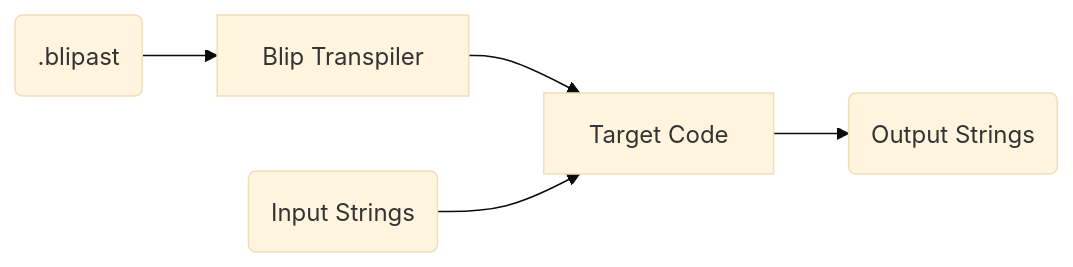
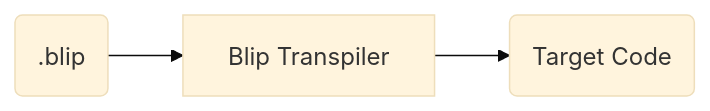
The third of 3 diagrams in docs/design.md (psysrc/blip), drawn with Mermaid (base theme) before and after one commit. The commit also changed other lines of this file, not shown here.

````diff
--- a/docs/design.md
+++ b/docs/design.md
@@ -30,13 +56,8 @@
 ```mermaid
 flowchart LR
-    blipast(.blipast)
-    t[Target Code]
+    blip(.blip)
+    t(Target Code)
     transpiler[Blip Transpiler]
 
-    i(Input Strings)
-    o(Output Strings)
-
-    blipast --> transpiler --> t
-
-    i --> t --> o
+    blip --> transpiler --> t
 ```
````
